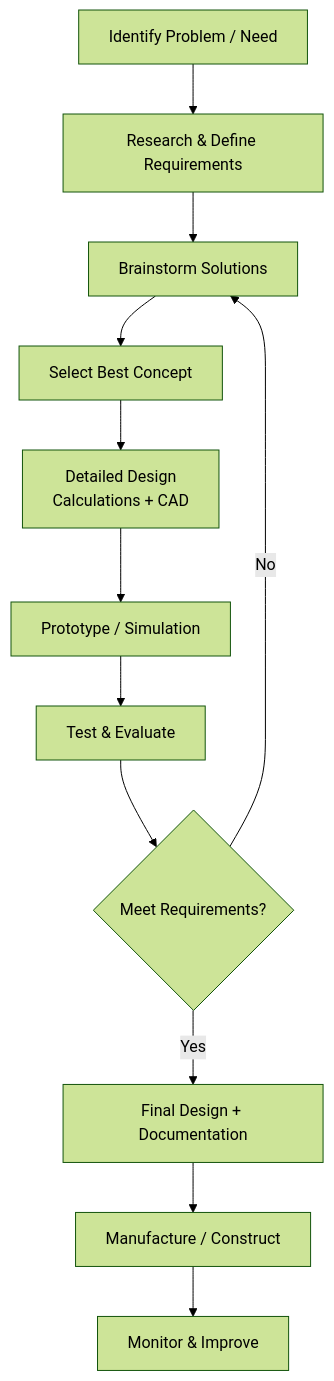
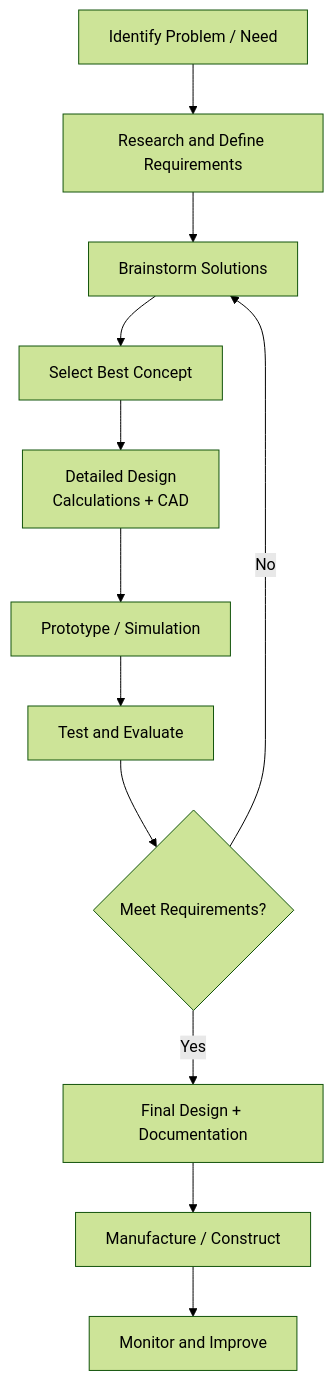
The diagram in career/engineer/01_Engineering_Foundations.md (oat431/general-knowledge), drawn with Mermaid (forest theme) before and after one commit. The commit also changed 29 other files, not shown here.

Commit message:
vault backup: 2026-07-28 00:14:47: add lawyer note and fix a error diagram

````diff
--- a/career/engineer/01_Engineering_Foundations.md
+++ b/career/engineer/01_Engineering_Foundations.md
@@ -109,14 +109,14 @@
 ```mermaid
-graph TD
-    A[Identify Problem / Need] --> B[Research & Define Requirements]
+flowchart TD
+    A[Identify Problem / Need] --> B[Research and Define Requirements]
     B --> C[Brainstorm Solutions]
     C --> D[Select Best Concept]
     D --> E[Detailed Design<br/>Calculations + CAD]
     E --> F[Prototype / Simulation]
-    F --> G[Test & Evaluate]
+    F --> G[Test and Evaluate]
     G --> H{Meet Requirements?}
     H -->|No| C
     H -->|Yes| I[Final Design + Documentation]
     I --> J[Manufacture / Construct]
-    J --> K[Monitor & Improve]
+    J --> K[Monitor and Improve]
 ```
````
